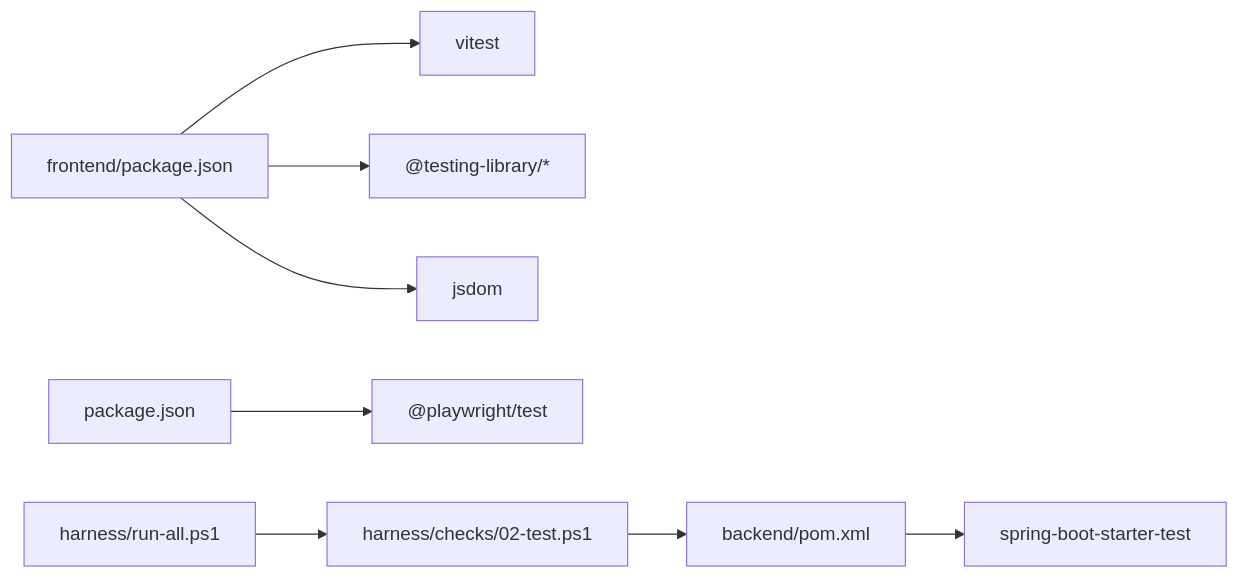
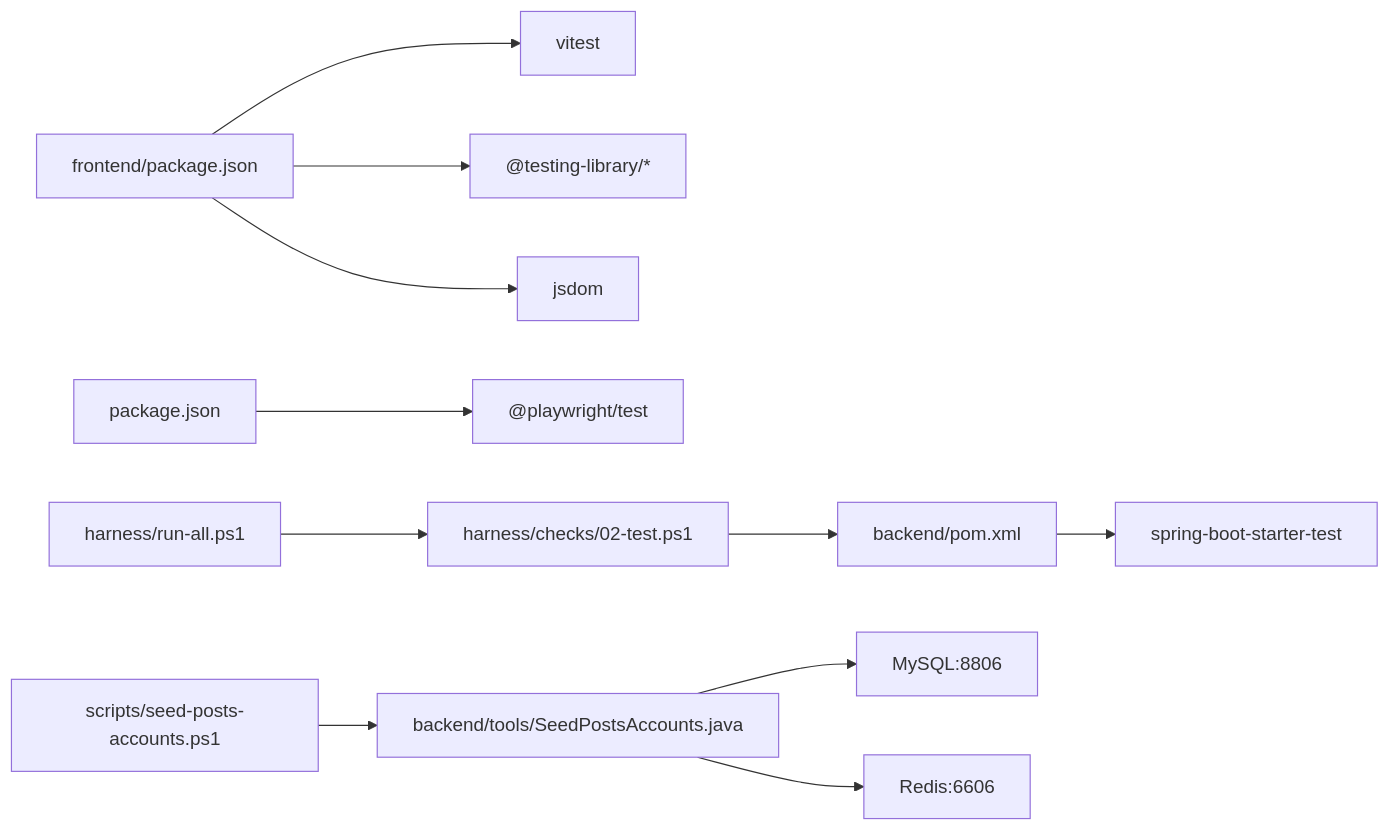
Before and after one commit to luyitiger6/my-first-project: diagram 12 of 12 in .qoder/repowiki/zh/content/测试策略.md, drawn with Mermaid. The commit also changed other lines of this file and 54 other files, not shown here.

````diff
--- a/.qoder/repowiki/zh/content/测试策略.md
+++ b/.qoder/repowiki/zh/content/测试策略.md
@@ -461,10 +633,13 @@
 ```mermaid
 graph LR
 POM["backend/pom.xml"] --> ST["spring-boot-starter-test"]
 PKG["frontend/package.json"] --> VIT["vitest"]
 PKG --> RTL["@testing-library/*"]
 PKG --> JSDOM["jsdom"]
 ROOT_PKG["package.json"] --> PW["@playwright/test"]
+SEED_PS["scripts/seed-posts-accounts.ps1"] --> SEED_JAVA["backend/tools/SeedPostsAccounts.java"]
+SEED_JAVA --> MYSQL["MySQL:8806"]
+SEED_JAVA --> REDIS["Redis:6606"]
 RUN["harness/run-all.ps1"] --> TESTGATE["harness/checks/02-test.ps1"]
 TESTGATE --> POM
 ```
````
